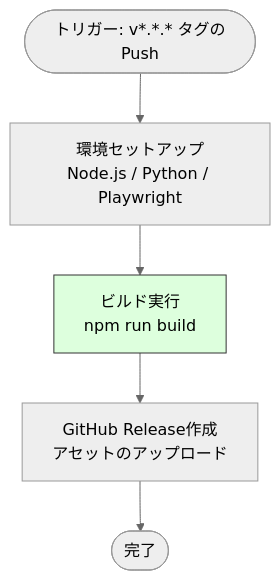
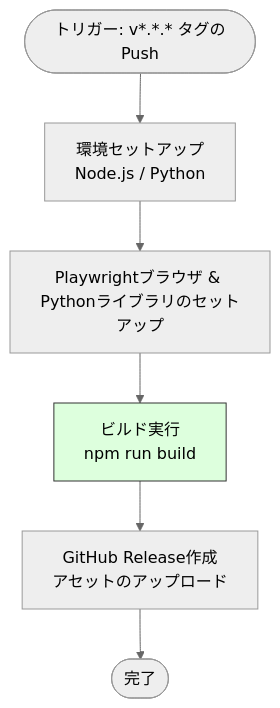
One commit to masanori-satake/QuickLog-Solo changed the sixth of 7 diagrams in docs/README_ACTIONS.md. Above: the diagram before and after it, drawn with Mermaid (neutral theme). The commit also changed other lines of this file, not shown here.

````diff
--- a/docs/README_ACTIONS.md
+++ b/docs/README_ACTIONS.md
@@ -155,9 +157,10 @@
 ```mermaid
 graph TD
-    Start([トリガー: v*.*.* タグのPush]) --> Setup[環境セットアップ<br/>Node.js / Python / Playwright]
-    Setup --> Build[ビルド実行<br/>npm run build]
+    Start([トリガー: v*.*.* タグのPush]) --> Setup[環境セットアップ<br/>Node.js / Python]
+    Setup --> Playwright[Playwrightブラウザ & <br/>Pythonライブラリのセットアップ]
+    Playwright --> Build[ビルド実行<br/>npm run build]
     Build --> Release[GitHub Release作成<br/>アセットのアップロード]
     Release --> End([完了])
 
     style Build fill:#dfd,stroke:#333
 ```
````
